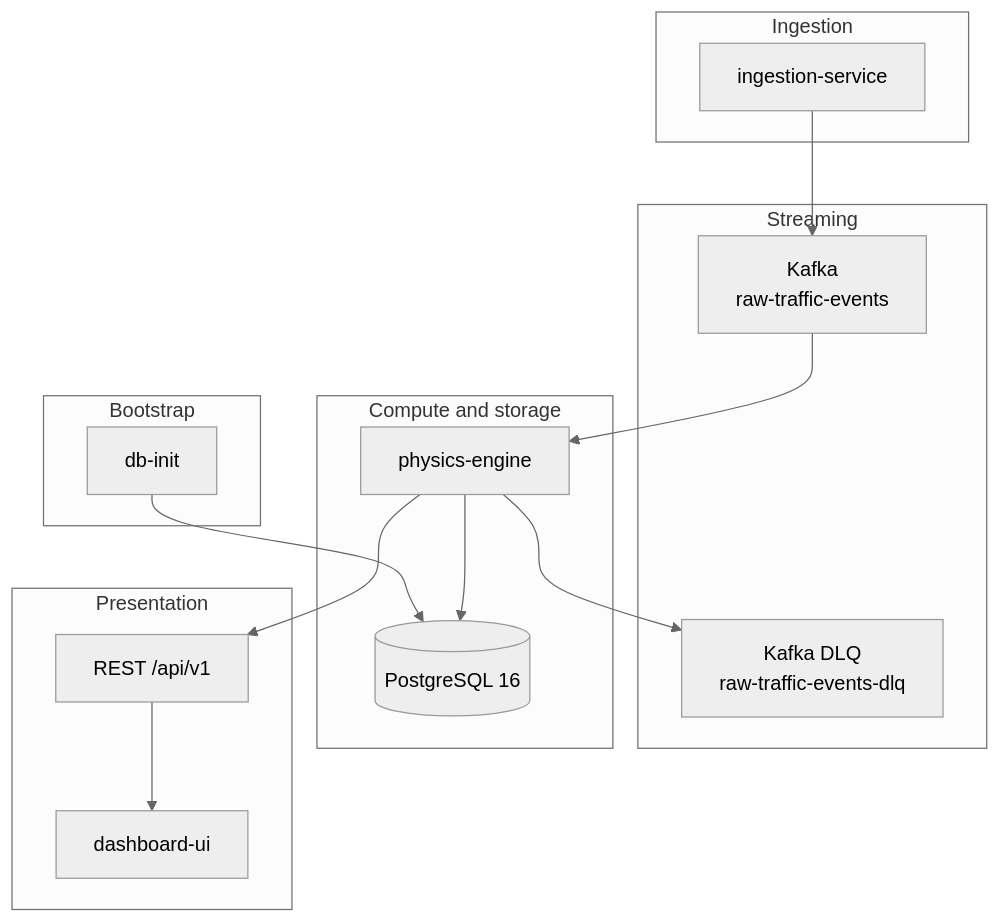
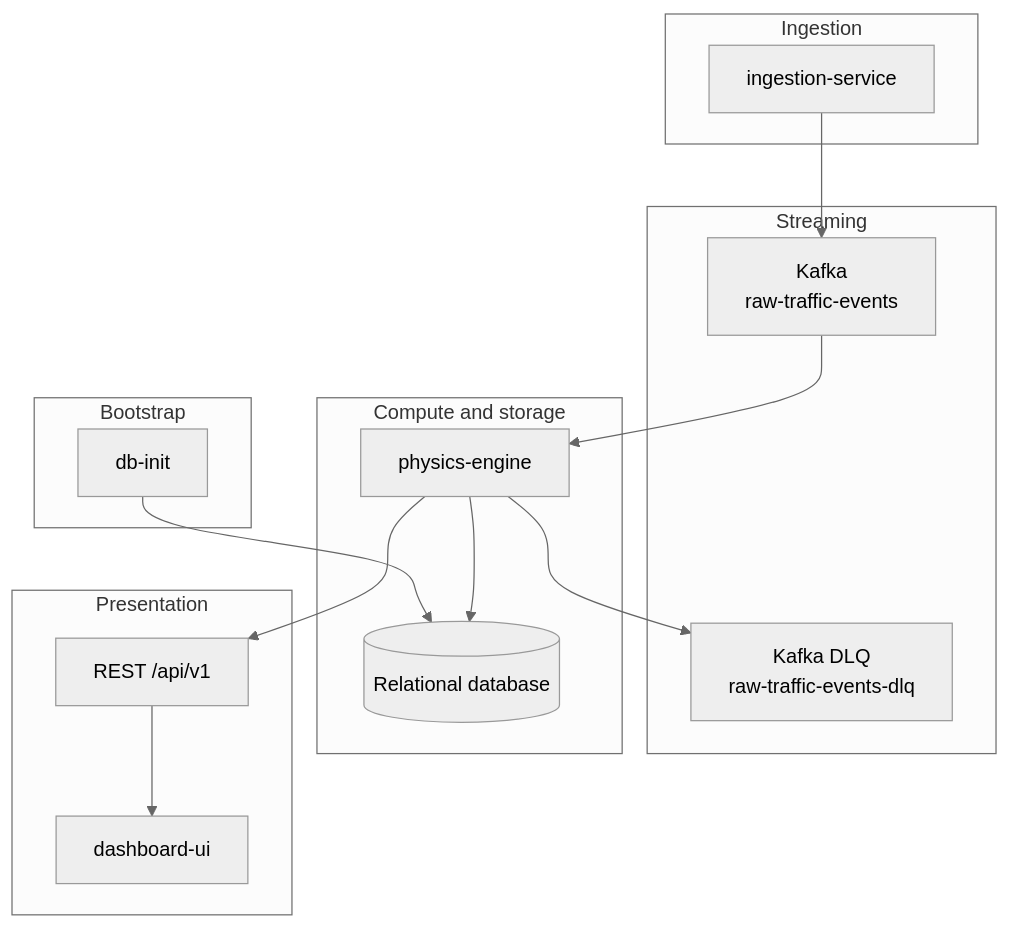
Before and after one commit to EithanAlexander/project-kinetile: the diagram in README.md, drawn with Mermaid (neutral theme).

Commit message:
Soften architecture diagram DB label to a role name. (#3)

````diff
--- a/README.md
+++ b/README.md
@@ -89,28 +89,28 @@
 ```mermaid
 flowchart TB
   subgraph bootstrap [Bootstrap]
     DBInit["db-init"]
   end
   subgraph ingest [Ingestion]
     Firehose["ingestion-service"]
   end
   subgraph stream [Streaming]
     Kafka["Kafka<br/>raw-traffic-events"]
     DLQ["Kafka DLQ<br/>raw-traffic-events-dlq"]
   end
   subgraph compute [Compute and storage]
     Engine["physics-engine"]
-    PG[("PostgreSQL 16")]
+    PG[("Relational database")]
   end
   subgraph present [Presentation]
     API["REST /api/v1"]
     UI["dashboard-ui"]
   end
   DBInit --> PG
   Firehose --> Kafka
   Kafka --> Engine
   Engine --> DLQ
   Engine --> PG
   Engine --> API
   API --> UI
 ```
````
